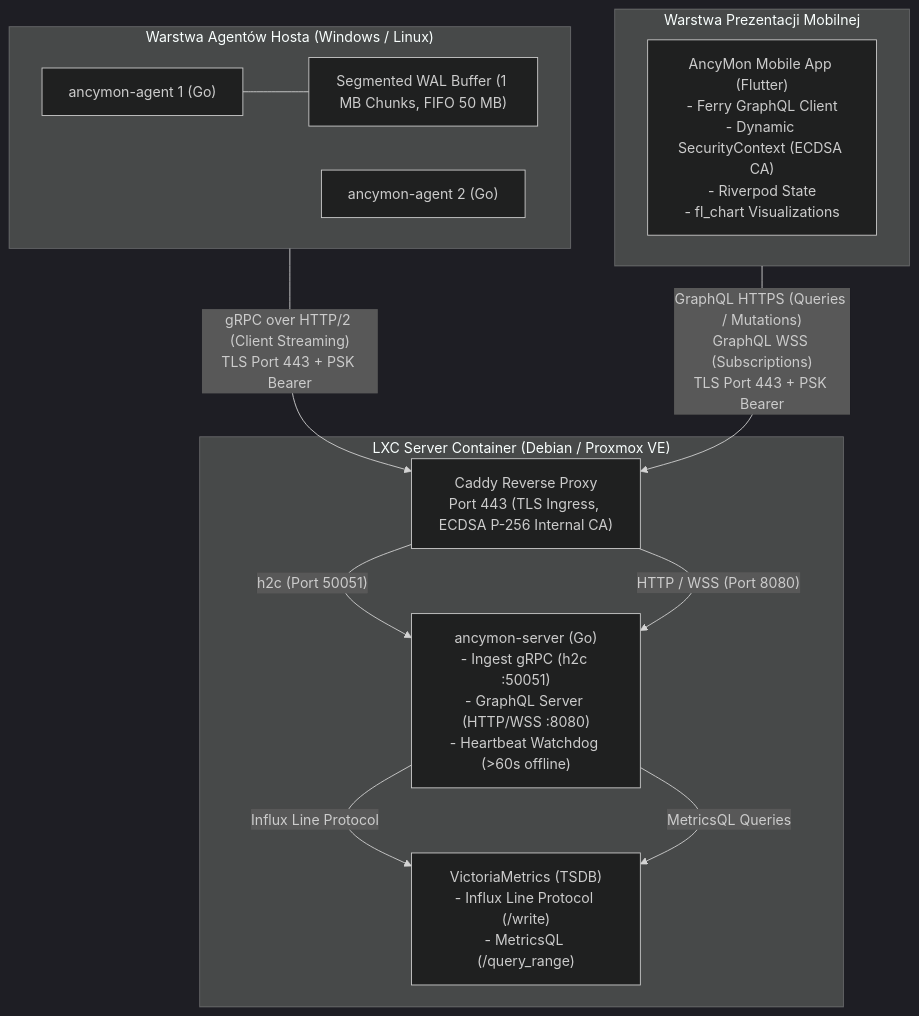
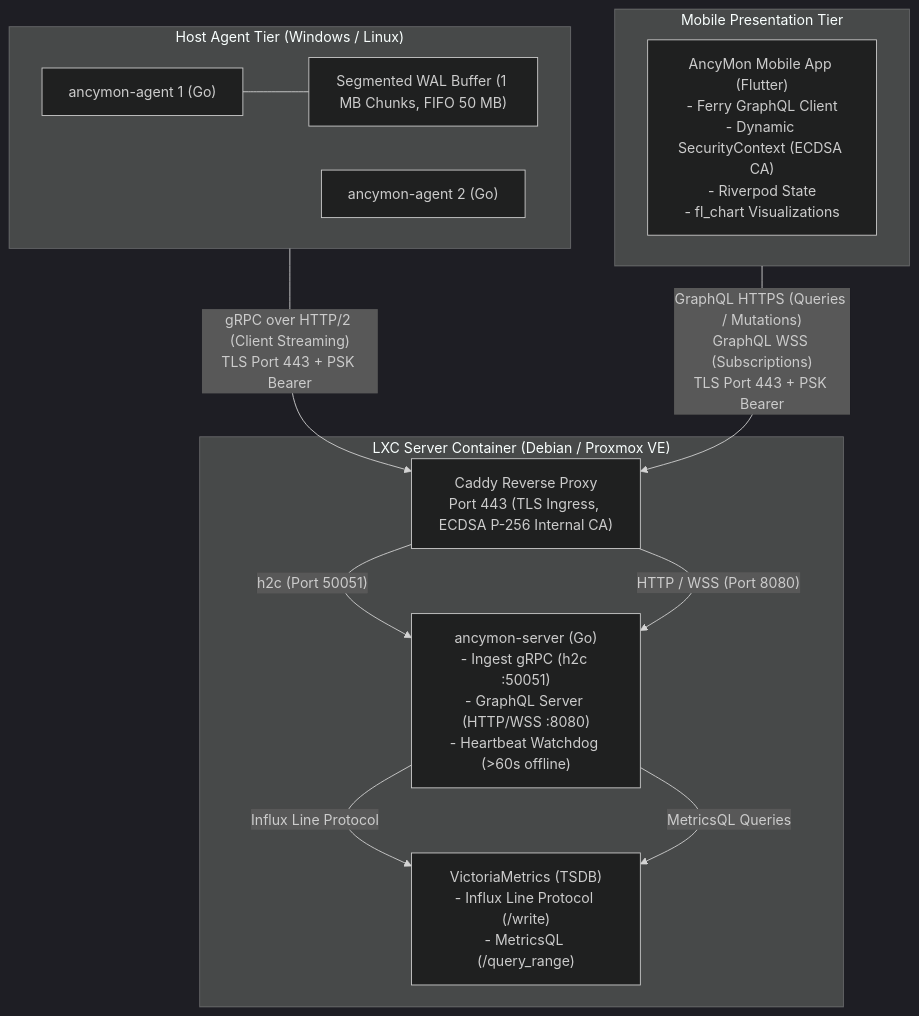
One commit to Adamad7/ancymon changed the diagram in .agents/skills/ancymon-architecture/SKILL.md. Above: the diagram before and after it, drawn with Mermaid (dark theme). The commit also changed other lines of this file and 17 other files, not shown here.

````diff
--- a/.agents/skills/ancymon-architecture/SKILL.md
+++ b/.agents/skills/ancymon-architecture/SKILL.md
@@ -17,27 +17,27 @@
 ```mermaid
 flowchart TD
-    subgraph HostAgents["Warstwa Agentów Hosta (Windows / Linux)"]
+    subgraph HostAgents["Host Agent Tier (Windows / Linux)"]
         A1["ancymon-agent 1 (Go)"]
         A2["ancymon-agent 2 (Go)"]
         WAL["Segmented WAL Buffer (1 MB Chunks, FIFO 50 MB)"]
         A1 --- WAL
     end
 
     subgraph ServerContainer["LXC Server Container (Debian / Proxmox VE)"]
         Caddy["Caddy Reverse Proxy<br/>Port 443 (TLS Ingress, ECDSA P-256 Internal CA)"]
         Server["ancymon-server (Go)<br/>- Ingest gRPC (h2c :50051)<br/>- GraphQL Server (HTTP/WSS :8080)<br/>- Heartbeat Watchdog (>60s offline)"]
         VM["VictoriaMetrics (TSDB)<br/>- Influx Line Protocol (/write)<br/>- MetricsQL (/query_range)"]
         
         Caddy -- "h2c (Port 50051)" --> Server
         Caddy -- "HTTP / WSS (Port 8080)" --> Server
         Server -- "Influx Line Protocol" --> VM
         Server -- "MetricsQL Queries" --> VM
     end
 
-    subgraph MobileClient["Warstwa Prezentacji Mobilnej"]
+    subgraph MobileClient["Mobile Presentation Tier"]
         App["AncyMon Mobile App (Flutter)<br/>- Ferry GraphQL Client<br/>- Dynamic SecurityContext (ECDSA CA)<br/>- Riverpod State<br/>- fl_chart Visualizations"]
     end
 
     HostAgents -- "gRPC over HTTP/2 (Client Streaming)<br/>TLS Port 443 + PSK Bearer" --> Caddy
     MobileClient -- "GraphQL HTTPS (Queries / Mutations)<br/>GraphQL WSS (Subscriptions)<br/>TLS Port 443 + PSK Bearer" --> Caddy
 ```
````
